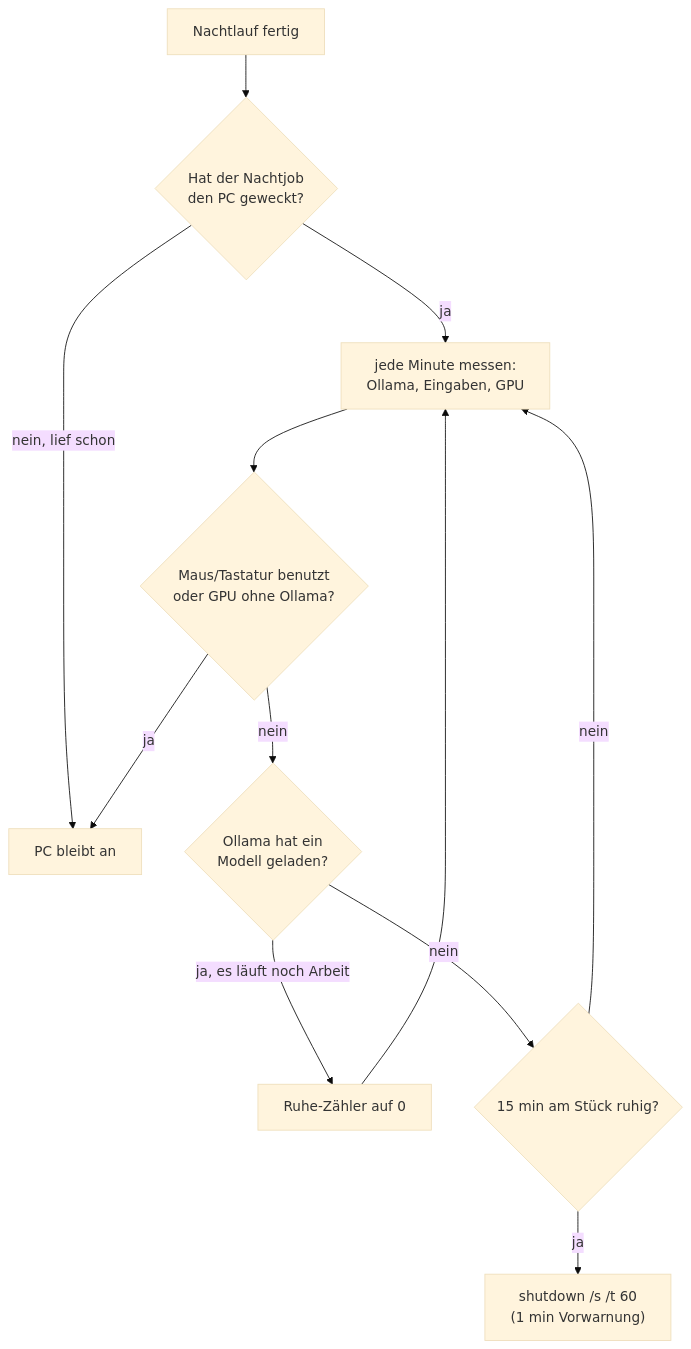
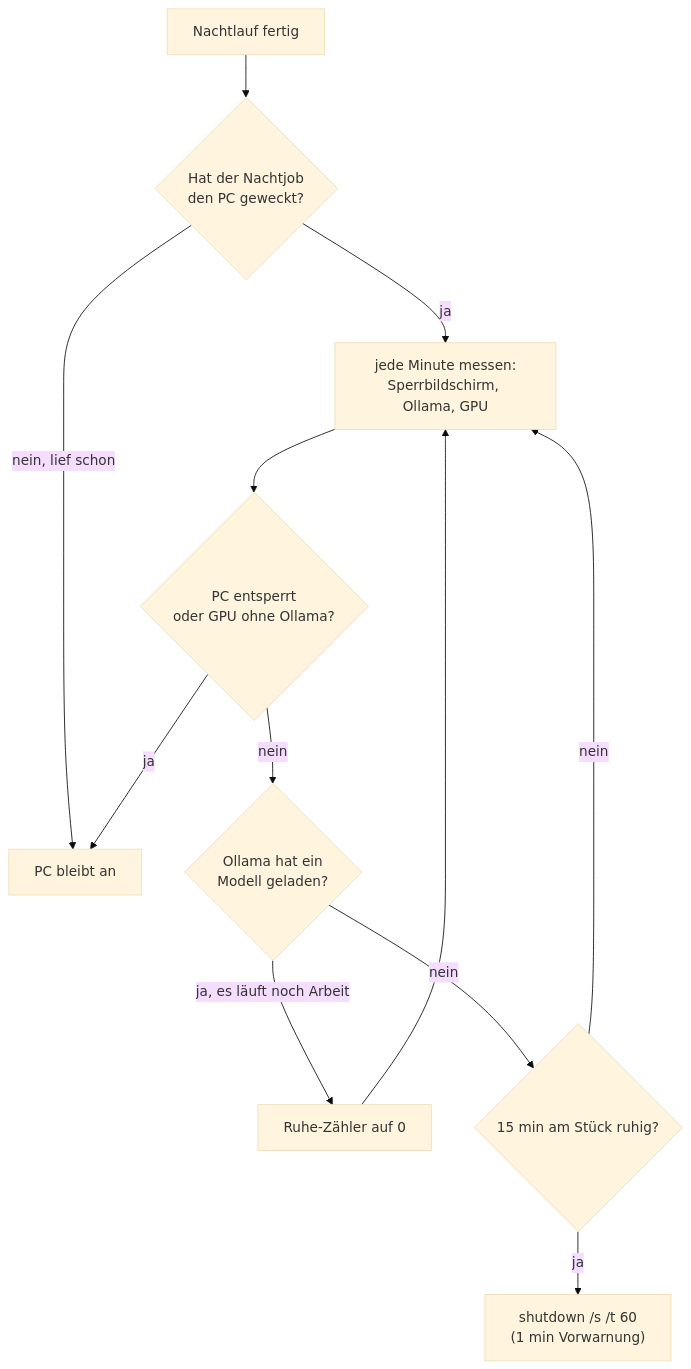
One commit to EliasLxns/obsidian-assistant changed the diagram in docs/gaming-pc-ausschalten.md. Above: the diagram before and after it, drawn with Mermaid (base theme). The commit also changed other lines of this file and 6 other files, not shown here.

````diff
--- a/docs/gaming-pc-ausschalten.md
+++ b/docs/gaming-pc-ausschalten.md
@@ -7,13 +9,13 @@
 ```mermaid
 flowchart TD
     A[Nachtlauf fertig] --> B{Hat der Nachtjob<br/>den PC geweckt?}
     B -- nein, lief schon --> X[PC bleibt an]
-    B -- ja --> C[jede Minute messen:<br/>Ollama, Eingaben, GPU]
-    C --> D{Maus/Tastatur benutzt<br/>oder GPU ohne Ollama?}
+    B -- ja --> C[jede Minute messen:<br/>Sperrbildschirm, Ollama, GPU]
+    C --> D{PC entsperrt<br/>oder GPU ohne Ollama?}
     D -- ja --> X
     D -- nein --> E{Ollama hat ein<br/>Modell geladen?}
     E -- ja, es läuft noch Arbeit --> F[Ruhe-Zähler auf 0] --> C
     E -- nein --> G{15 min am Stück ruhig?}
     G -- nein --> C
     G -- ja --> H["shutdown /s /t 60<br/>(1 min Vorwarnung)"]
 ```
````
